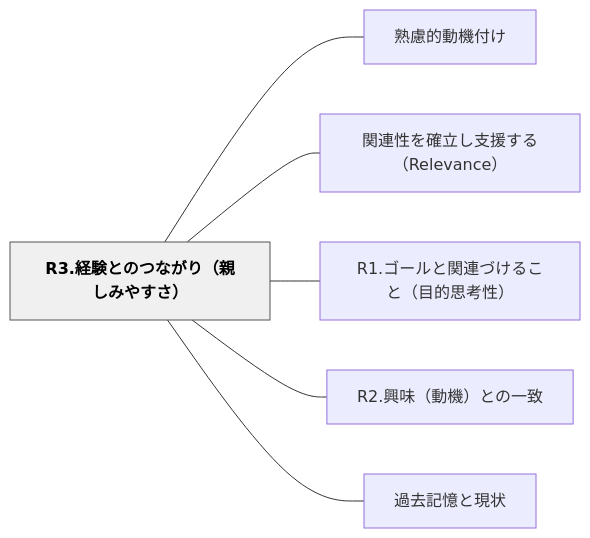
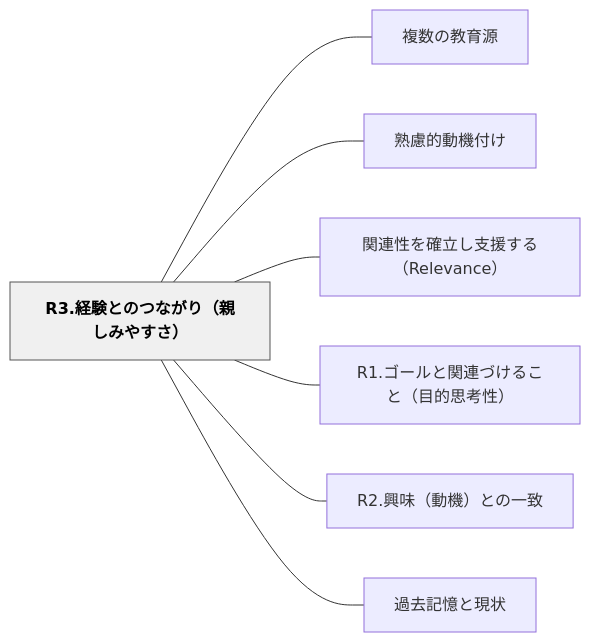
One commit to unknownthings-ed-patterns/unknownthings-ed-patterns changed the diagram in content/パタン/R3.経験とのつながり（親しみやすさ）.md. Above: the diagram before and after it, drawn with Mermaid. The commit also changed other lines of this file and 16 other files, not shown here.

````diff
--- a/content/パタン/R3.経験とのつながり（親しみやすさ）.md
+++ b/content/パタン/R3.経験とのつながり（親しみやすさ）.md
@@ -37,18 +37,20 @@
 ```mermaid
 flowchart LR
     n52332ee7b58ce9a893e381a8e381aee381a4e381aae3818ce3828aefbc88e8a6aae38197e381bfe38284e38199e38195efbc89["R3.経験とのつながり（親しみやすさ）"]
+    ne8a487e695b0e381aee69599e882b2e6ba90["複数の教育源"]
     ne7869fe685aee79a84e58b95e6a99fe4bb98e38191["熟慮的動機付け"]
     ne996a2e980a3e680a7e38292e7a2bae7ab8be38197e694afe68fb4e38199e3828befbc8852656c6576616e6365efbc89["関連性を確立し支援する（Relevance）"]
     n52312ee382b4e383bce383abe381a8e996a2e980a3e381a5e38191e3828be38193e381a8efbc88e79baee79a84e6809de88083e680a7efbc89["R1.ゴールと関連づけること（目的思考性）"]
     n52322ee88888e591b3efbc88e58b95e6a99fefbc89e381a8e381aee4b880e887b4["R2.興味（動機）との一致"]
     ne9818ee58ebbe8a898e686b6e381a8e78fbee78ab6["過去記憶と現状"]
 
+    n52332ee7b58ce9a893e381a8e381aee381a4e381aae3818ce3828aefbc88e8a6aae38197e381bfe38284e38199e38195efbc89 --- ne8a487e695b0e381aee69599e882b2e6ba90
     n52332ee7b58ce9a893e381a8e381aee381a4e381aae3818ce3828aefbc88e8a6aae38197e381bfe38284e38199e38195efbc89 --- ne7869fe685aee79a84e58b95e6a99fe4bb98e38191
     n52332ee7b58ce9a893e381a8e381aee381a4e381aae3818ce3828aefbc88e8a6aae38197e381bfe38284e38199e38195efbc89 --- ne996a2e980a3e680a7e38292e7a2bae7ab8be38197e694afe68fb4e38199e3828befbc8852656c6576616e6365efbc89
     n52332ee7b58ce9a893e381a8e381aee381a4e381aae3818ce3828aefbc88e8a6aae38197e381bfe38284e38199e38195efbc89 --- n52312ee382b4e383bce383abe381a8e996a2e980a3e381a5e38191e3828be38193e381a8efbc88e79baee79a84e6809de88083e680a7efbc89
     n52332ee7b58ce9a893e381a8e381aee381a4e381aae3818ce3828aefbc88e8a6aae38197e381bfe38284e38199e38195efbc89 --- n52322ee88888e591b3efbc88e58b95e6a99fefbc89e381a8e381aee4b880e887b4
     n52332ee7b58ce9a893e381a8e381aee381a4e381aae3818ce3828aefbc88e8a6aae38197e381bfe38284e38199e38195efbc89 --- ne9818ee58ebbe8a898e686b6e381a8e78fbee78ab6
 
     classDef hub fill:#f0f0f0,stroke:#555,color:#000,font-weight:bold
     class n52332ee7b58ce9a893e381a8e381aee381a4e381aae3818ce3828aefbc88e8a6aae38197e381bfe38284e38199e38195efbc89 hub
 ```
````
